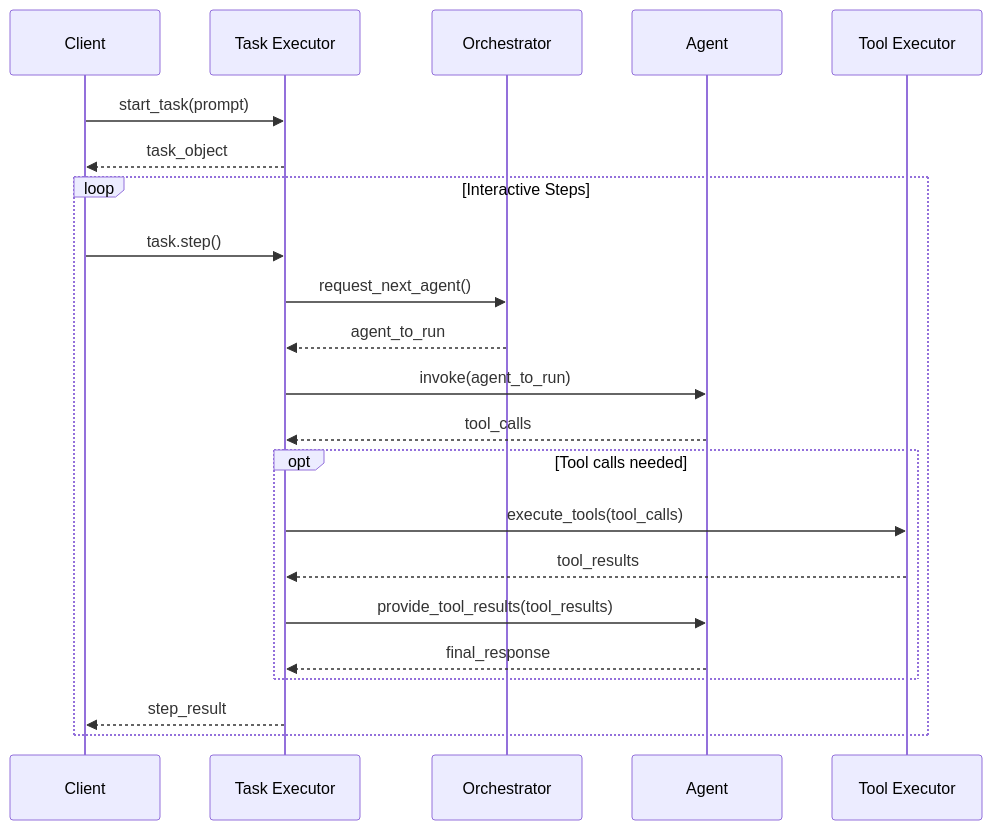
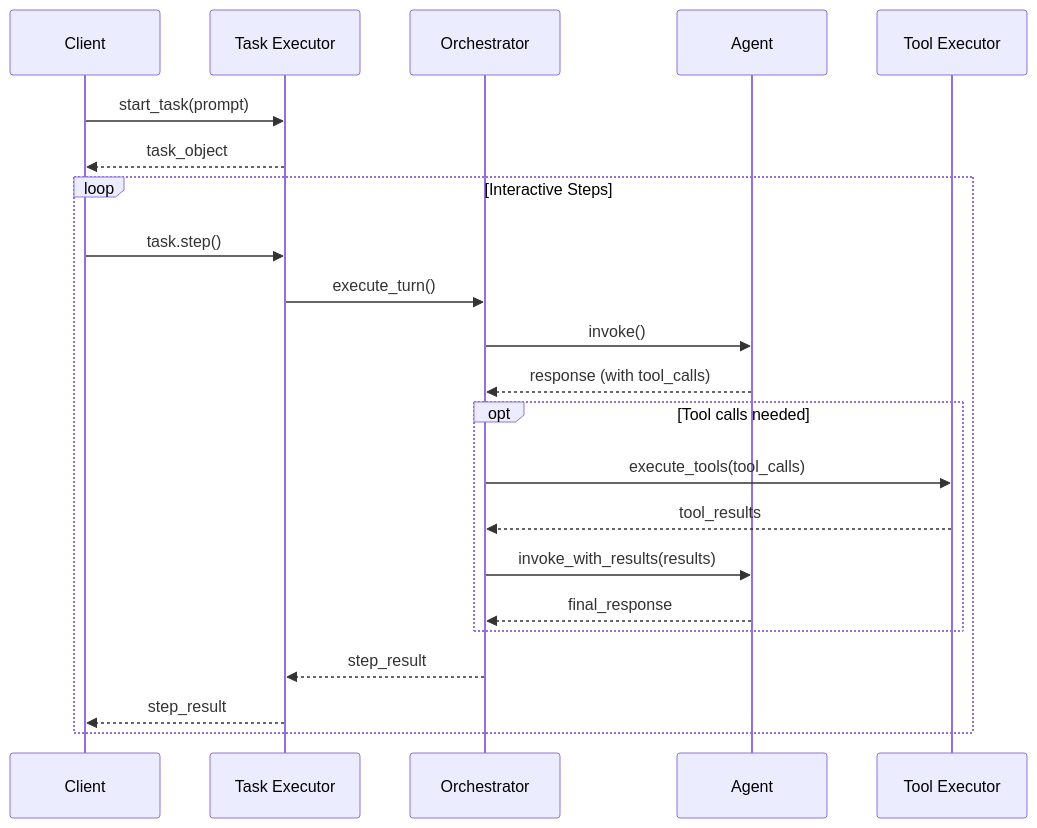
One commit to dustland/roboco changed the third of 4 diagrams in docs/01-architecture.md. Above: the diagram before and after it, drawn with Mermaid. The commit also changed other lines of this file, not shown here.

Commit message:
refactor: enhance AgentX architecture documentation by clarifying the roles of Task Executor and Orchestrator, updating execution flow diagrams, and improving the overall structure for better understanding of agent collaboration and tool execution processes

````diff
--- a/docs/01-architecture.md
+++ b/docs/01-architecture.md
@@ -130,26 +129,26 @@
 ```mermaid
 sequenceDiagram
     participant C as Client
     participant TX as Task Executor
     participant OR as Orchestrator
     participant AG as Agent
     participant TE as Tool Executor
 
     C->>TX: start_task(prompt)
     TX-->>C: task_object
 
     loop Interactive Steps
         C->>TX: task.step()
-        TX->>OR: request_next_agent()
-        OR-->>TX: agent_to_run
-        TX->>AG: invoke(agent_to_run)
-        AG-->>TX: tool_calls
+        TX->>OR: execute_turn()
+        OR->>AG: invoke()
+        AG-->>OR: response (with tool_calls)
         opt Tool calls needed
-            TX->>TE: execute_tools(tool_calls)
-            TE-->>TX: tool_results
-            TX->>AG: provide_tool_results(tool_results)
-            AG-->>TX: final_response
+            OR->>TE: execute_tools(tool_calls)
+            TE-->>OR: tool_results
+            OR->>AG: invoke_with_results(results)
+            AG-->>OR: final_response
         end
+        OR-->>TX: step_result
         TX-->>C: step_result
     end
 ```
````
